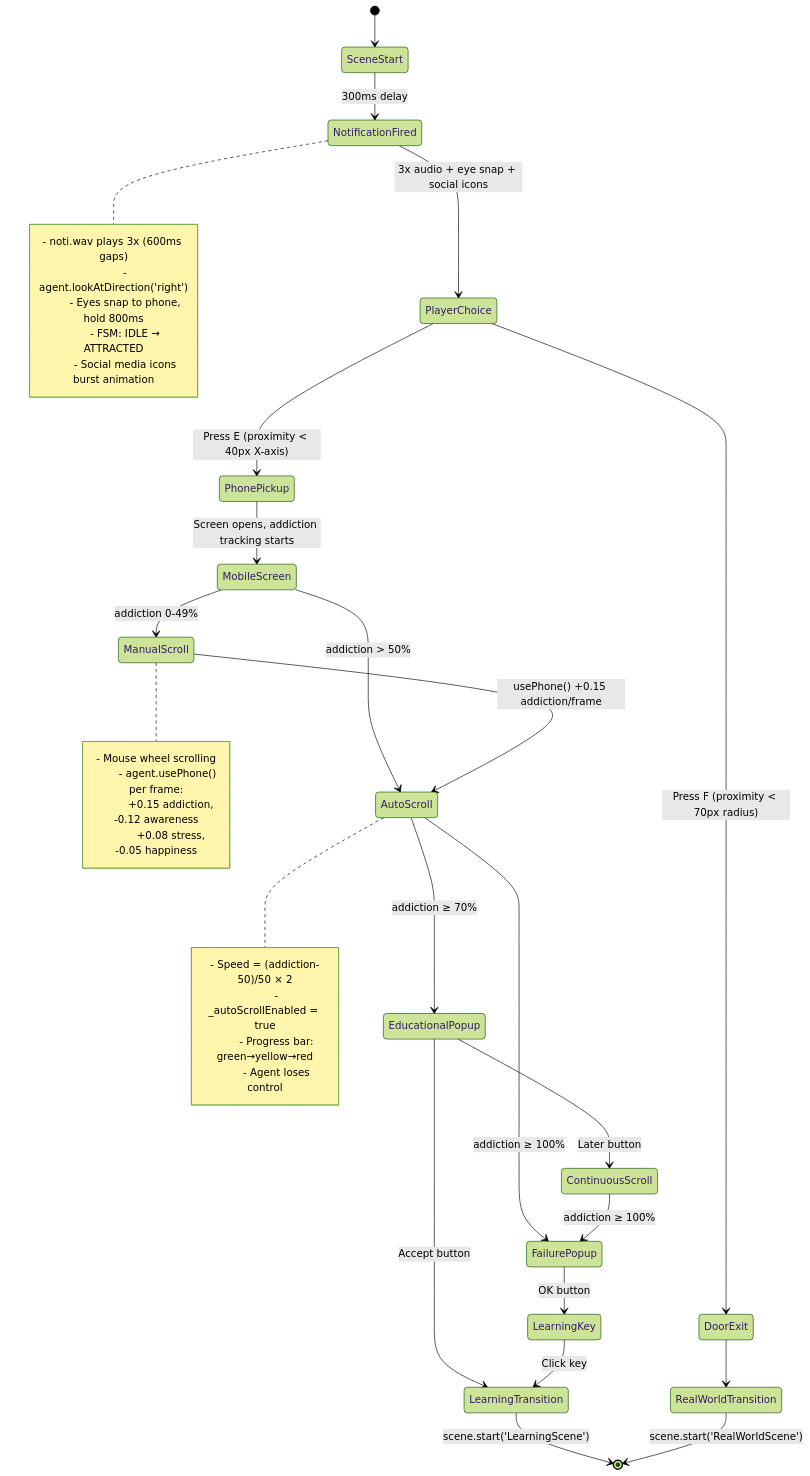
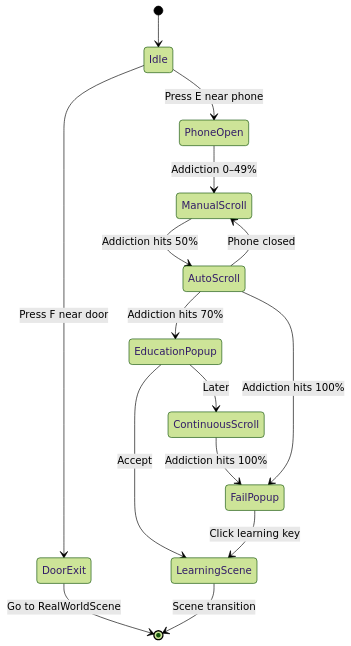
Before and after one commit to MNSBaanu/EchoSphere: the third of 8 diagrams in docs/04_State_Diagrams.md, drawn with Mermaid (forest theme). The commit also changed other lines of this file, not shown here.

First line of the commit message:
docs(State_Diagrams): simplify diagrams and remove detailed annotations

````diff
--- a/docs/04_State_Diagrams.md
+++ b/docs/04_State_Diagrams.md
@@ -117,52 +66,21 @@
 ```mermaid
 stateDiagram-v2
-    [*] --> SceneStart
-    
-    SceneStart --> NotificationFired : 300ms delay
-    NotificationFired --> PlayerChoice : 3x audio + eye snap + social icons
-    
-    PlayerChoice --> PhonePickup : Press E (proximity < 40px X-axis)
-    PlayerChoice --> DoorExit : Press F (proximity < 70px radius)
-    
-    PhonePickup --> MobileScreen : Screen opens, addiction tracking starts
-    MobileScreen --> ManualScroll : addiction 0-49%
-    MobileScreen --> AutoScroll : addiction > 50%
-    
-    ManualScroll --> AutoScroll : usePhone() +0.15 addiction/frame
-    AutoScroll --> EducationalPopup : addiction ≥ 70%
-    AutoScroll --> FailurePopup : addiction ≥ 100%
-    
-    EducationalPopup --> LearningTransition : Accept button
-    EducationalPopup --> ContinuousScroll : Later button
-    
-    ContinuousScroll --> FailurePopup : addiction ≥ 100%
-    
-    FailurePopup --> LearningKey : OK button
-    LearningKey --> LearningTransition : Click key
-    
-    DoorExit --> RealWorldTransition
-    LearningTransition --> [*] : scene.start('LearningScene')
-    RealWorldTransition --> [*] : scene.start('RealWorldScene')
-    
-    note right of NotificationFired
-        - noti.wav plays 3x (600ms gaps)
-        - agent.lookAtDirection('right')
-        - Eyes snap to phone, hold 800ms
-        - FSM: IDLE → ATTRACTED
-        - Social media icons burst animation
-    end note
-    
-    note right of AutoScroll
-        - Speed = (addiction-50)/50 × 2
-        - _autoScrollEnabled = true
-        - Progress bar: green→yellow→red
-        - Agent loses control
-    end note
-    
-    note right of ManualScroll
-        - Mouse wheel scrolling
-        - agent.usePhone() per frame:
-          +0.15 addiction, -0.12 awareness
-          +0.08 stress, -0.05 happiness
-    end note
+    [*] --> Idle
+    Idle --> PhoneOpen : Press E near phone
+    Idle --> DoorExit : Press F near door
+
+    PhoneOpen --> ManualScroll : Addiction 0–49%
+    ManualScroll --> AutoScroll : Addiction hits 50%
+    AutoScroll --> ManualScroll : Phone closed
+
+    AutoScroll --> EducationPopup : Addiction hits 70%
+    EducationPopup --> LearningScene : Accept
+    EducationPopup --> ContinuousScroll : Later
+
+    ContinuousScroll --> FailPopup : Addiction hits 100%
+    AutoScroll --> FailPopup : Addiction hits 100%
+    FailPopup --> LearningScene : Click learning key
+
+    DoorExit --> [*] : Go to RealWorldScene
+    LearningScene --> [*] : Scene transition
 ```
````
